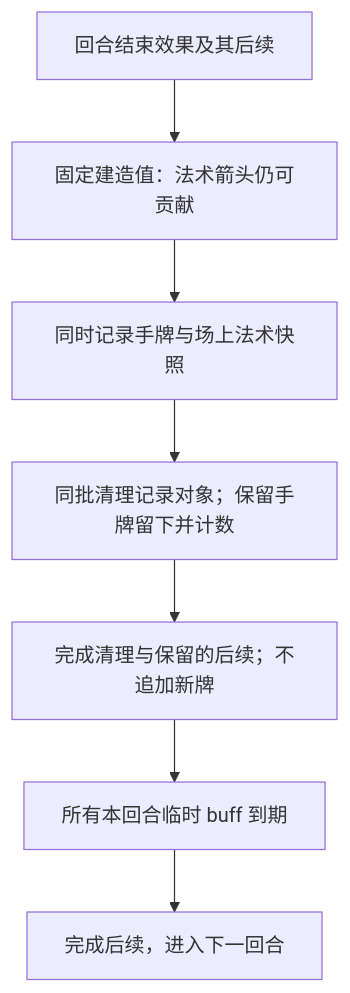
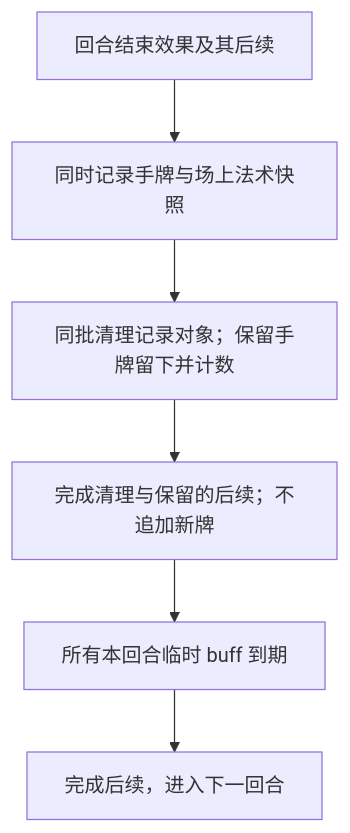
One commit to Time-Block-Hero/tbh-website changed the second of 2 diagrams in docs/rules/common/rounds.md. Above: the diagram before and after it, drawn with Mermaid. The commit also changed other lines of this file and 27 other files, not shown here.

````diff
--- a/docs/rules/common/rounds.md
+++ b/docs/rules/common/rounds.md
@@ -219,9 +218,8 @@
 ```mermaid
 flowchart TD
-  effects["回合结束效果及其后续"] --> build["固定建造值：法术箭头仍可贡献"]
-  build --> snapshot["同时记录手牌与场上法术快照"]
+  effects["回合结束效果及其后续"] --> snapshot["同时记录手牌与场上法术快照"]
   snapshot --> clean["同批清理记录对象；保留手牌留下并计数"]
   clean --> follow["完成清理与保留的后续；不追加新牌"]
   follow --> expire["所有本回合临时 buff 到期"]
   expire --> next["完成后续，进入下一回合"]
 ```
````
